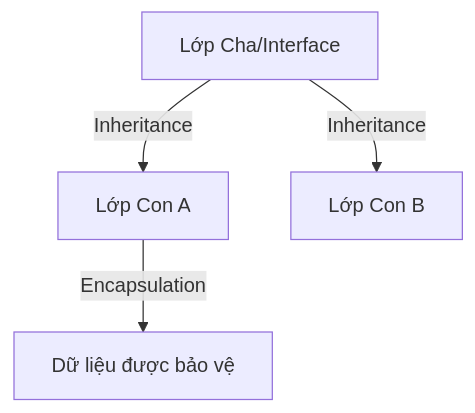
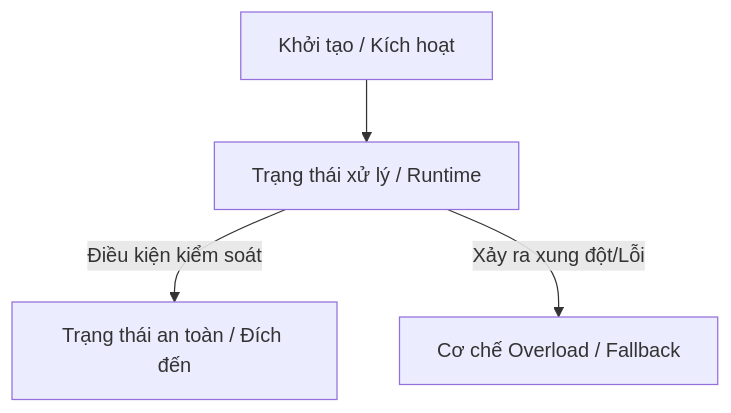
The diagram in src/main/java/org/example/java_core/vn/TEMPLATE_MASTERY.md (phiduymanh1/java-core-mastery), drawn with Mermaid before and after one commit. The commit also changed other lines of this file and 2 other files, not shown here.

````diff
--- a/src/main/java/org/example/java_core/vn/TEMPLATE_MASTERY.md
+++ b/src/main/java/org/example/java_core/vn/TEMPLATE_MASTERY.md
@@ -24,6 +23,6 @@
 ```mermaid
 graph TD
-    A[Lớp Cha/Interface] -->|Inheritance| B[Lớp Con A]
-    A -->|Inheritance| C[Lớp Con B]
-    B -->|Encapsulation| D[Dữ liệu được bảo vệ]
+    A[Khởi tạo / Kích hoạt] --> B[Trạng thái xử lý / Runtime]
+    B -->|Điều kiện kiểm soát| C[Trạng thái an toàn / Đích đến]
+    B -->|Xảy ra xung đột/Lỗi| D[Cơ chế Overload / Fallback]
 ```
````
